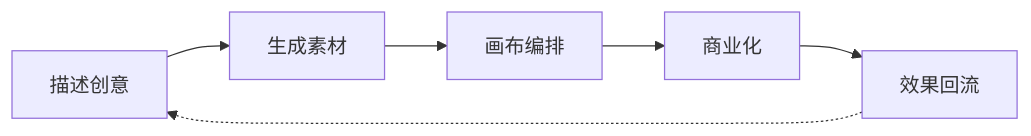
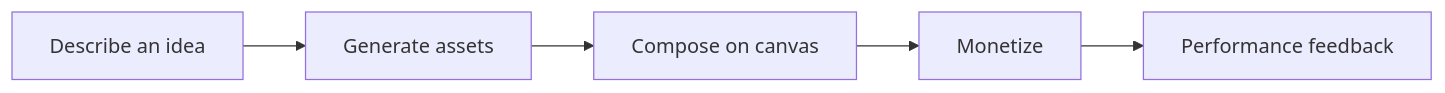
Before and after one commit to Runqi518/SPARKLE-AI---Your-Creativity-Deserves-a-Market: the diagram in README.md, drawn with Mermaid. The commit also changed other lines of this file and 60 other files, not shown here.

````diff
--- a/README.md
+++ b/README.md
@@ -41,8 +31,7 @@
 ```mermaid
 flowchart LR
-    A[描述创意] --> B[生成素材]
-    B --> C[画布编排]
-    C --> D[商业化]
-    D --> E[效果回流]
-    E -.-> A
+    A[Describe an idea] --> B[Generate assets]
+    B --> C[Compose on canvas]
+    C --> D[Monetize]
+    D --> E[Performance feedback]
 ```
````
